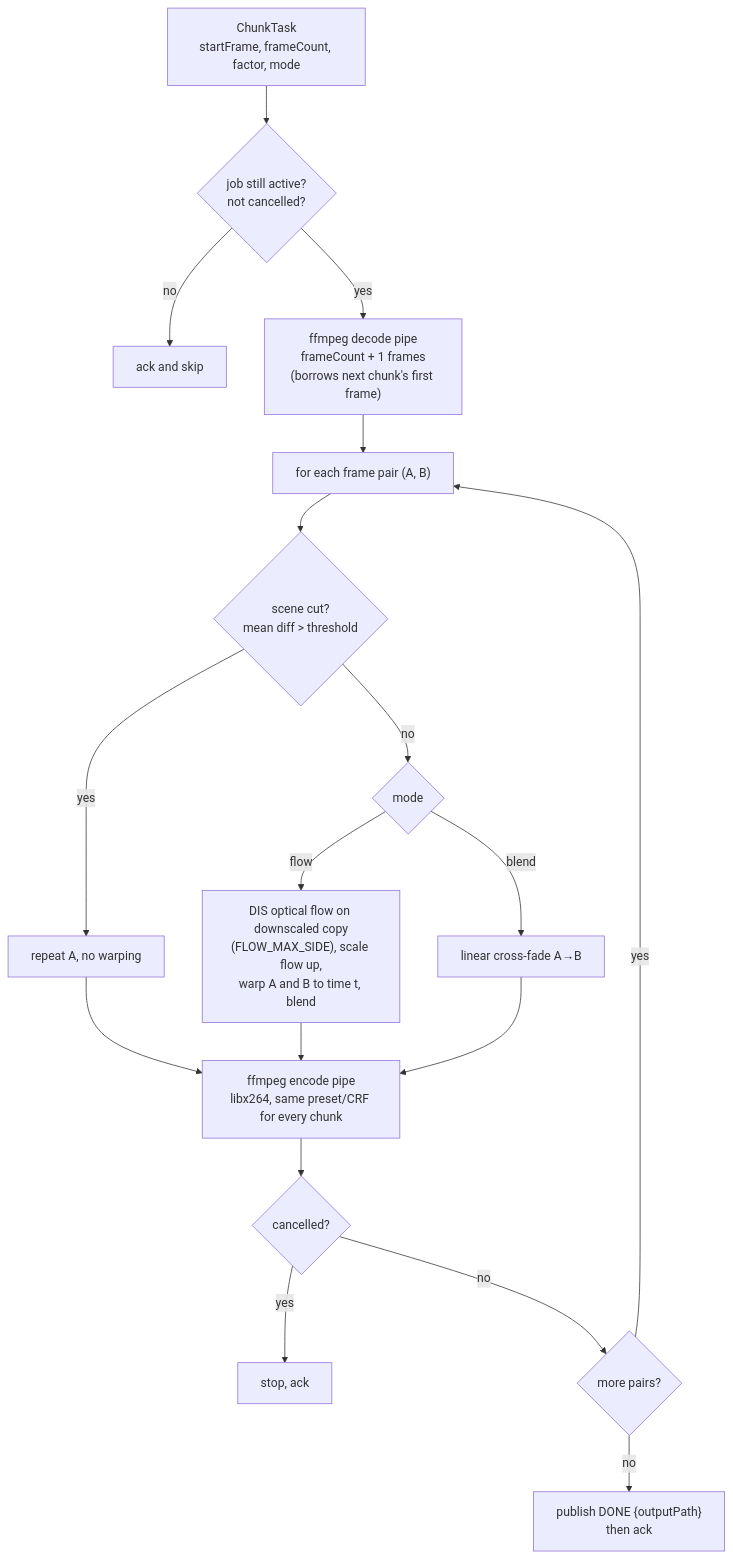
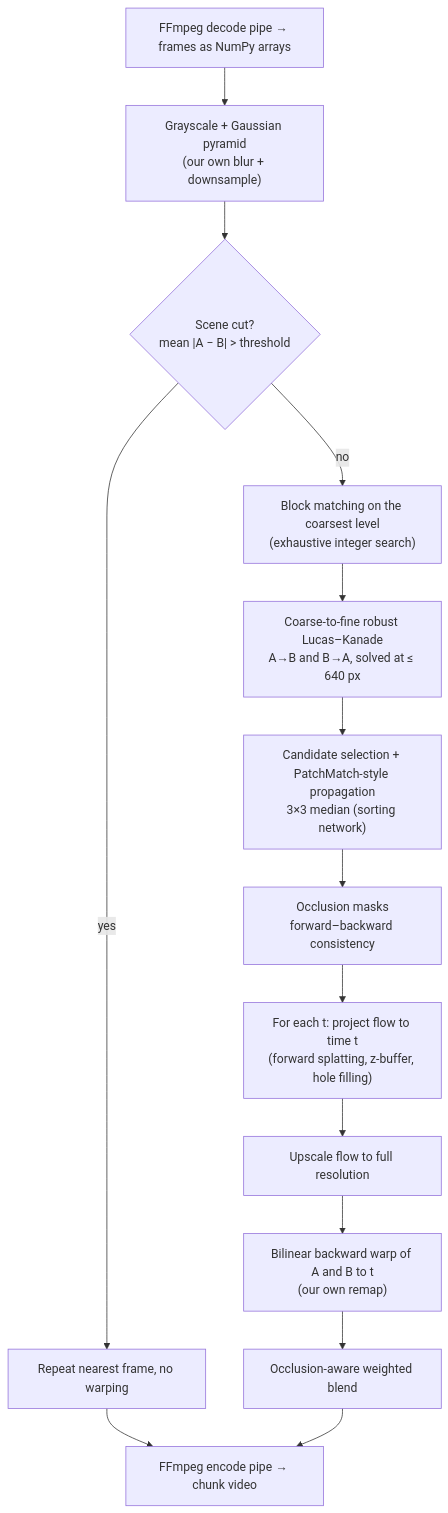
The third of 4 diagrams in README.md (JianoFreo/InfiniteFlow_AI), drawn with Mermaid before and after one commit. The commit also changed other lines of this file and 14 other files, not shown here.

````diff
--- a/README.md
+++ b/README.md
@@ -178,20 +151,16 @@
 ```mermaid
 flowchart TB
-    msg["ChunkTask<br/>startFrame, frameCount, factor, mode"] --> check{"job still active?<br/>not cancelled?"}
-    check -- no --> skip["ack and skip"]
-    check -- yes --> read["ffmpeg decode pipe<br/>frameCount + 1 frames<br/>(borrows next chunk's first frame)"]
-    read --> pair["for each frame pair (A, B)"]
-    pair --> cut{"scene cut?<br/>mean diff > threshold"}
-    cut -- yes --> dup["repeat A, no warping"]
-    cut -- no --> mode{"mode"}
-    mode -- flow --> flow["DIS optical flow on downscaled copy<br/>(FLOW_MAX_SIDE), scale flow up,<br/>warp A and B to time t, blend"]
-    mode -- blend --> blend["linear cross-fade A→B"]
-    dup --> write
-    flow --> write
-    blend --> write
-    write["ffmpeg encode pipe<br/>libx264, same preset/CRF for every chunk"] --> stop{"cancelled?"}
-    stop -- yes --> cancelled["stop, ack"]
-    stop -- no --> more{"more pairs?"}
-    more -- yes --> pair
-    more -- no --> done["publish DONE {outputPath}<br/>then ack"]
+    io_in["FFmpeg decode pipe → frames as NumPy arrays"] --> pyr["Grayscale + Gaussian pyramid<br/>(our own blur + downsample)"]
+    pyr --> scene{"Scene cut?<br/>mean |A − B| > threshold"}
+    scene -- yes --> dup["Repeat nearest frame, no warping"]
+    scene -- no --> bm["Block matching on the coarsest level<br/>(exhaustive integer search)"]
+    bm --> lk["Coarse-to-fine robust Lucas–Kanade<br/>A→B and B→A, solved at ≤ 640 px"]
+    lk --> prop["Candidate selection + PatchMatch-style propagation<br/>3×3 median (sorting network)"]
+    prop --> occ["Occlusion masks<br/>forward–backward consistency"]
+    occ --> proj["For each t: project flow to time t<br/>(forward splatting, z-buffer, hole filling)"]
+    proj --> up["Upscale flow to full resolution"]
+    up --> warp["Bilinear backward warp of A and B to t<br/>(our own remap)"]
+    warp --> blend["Occlusion-aware weighted blend"]
+    dup --> io_out
+    blend --> io_out["FFmpeg encode pipe → chunk video"]
 ```
````
